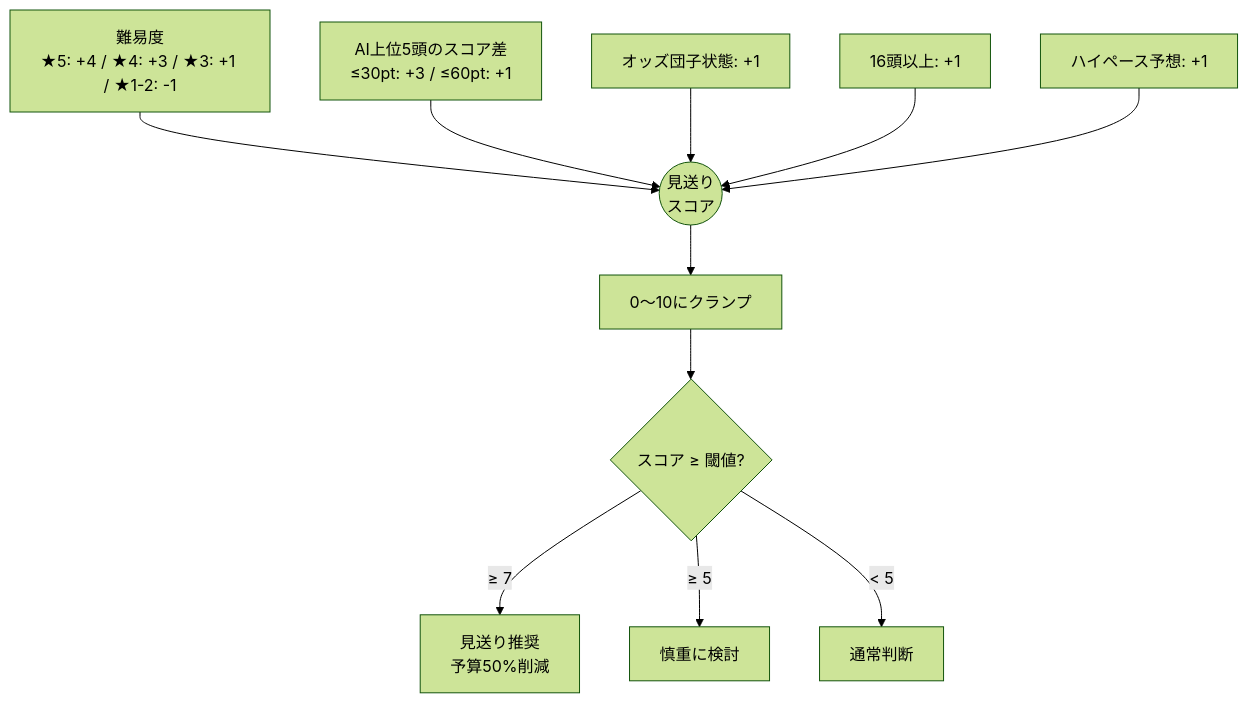
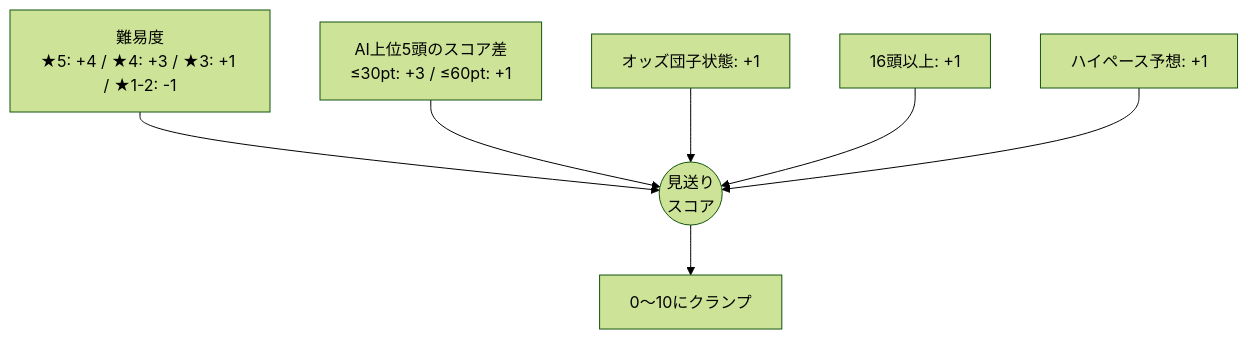
Before and after one commit to foie0222/baken-kaigi: the third of 5 diagrams in docs/bet-proposal-logic.md, drawn with Mermaid (forest theme). The commit also changed other lines of this file, not shown here.

````diff
--- a/docs/bet-proposal-logic.md
+++ b/docs/bet-proposal-logic.md
@@ -536,14 +147,10 @@
 ```mermaid
 flowchart TD
     D[難易度<br>★5: +4 / ★4: +3 / ★3: +1 / ★1-2: -1] --> SS((見送り<br>スコア))
     AI[AI上位5頭のスコア差<br>≤30pt: +3 / ≤60pt: +1] --> SS
     OD[オッズ団子状態: +1] --> SS
     MH[16頭以上: +1] --> SS
     HP[ハイペース予想: +1] --> SS
 
     SS --> CLAMP[0〜10にクランプ]
-    CLAMP --> J{スコア ≥ 閾値?}
-    J -->|≥ 7| SKIP[見送り推奨<br>予算50%削減]
-    J -->|≥ 5| CAUTION[慎重に検討]
-    J -->|< 5| OK[通常判断]
 ```
````
